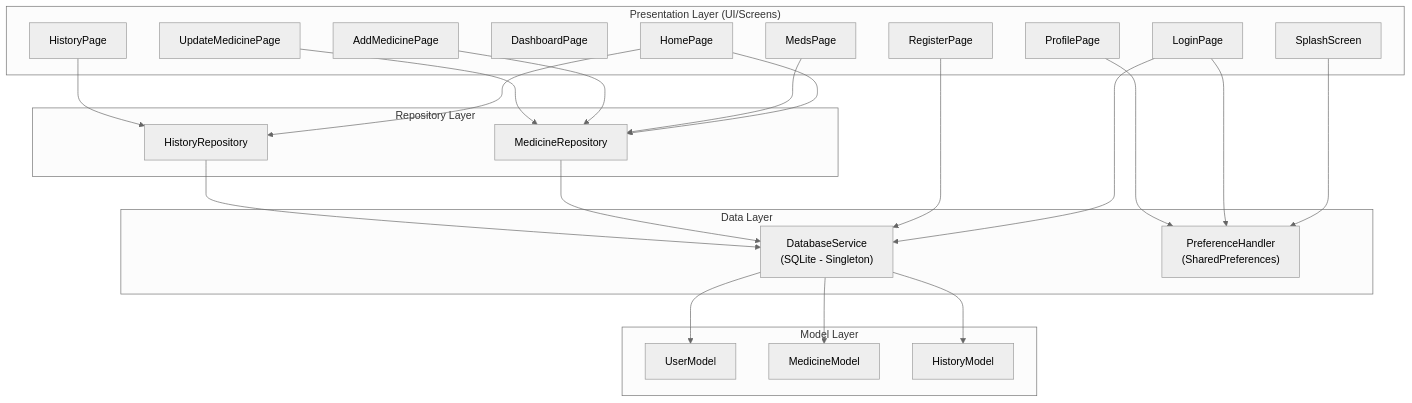
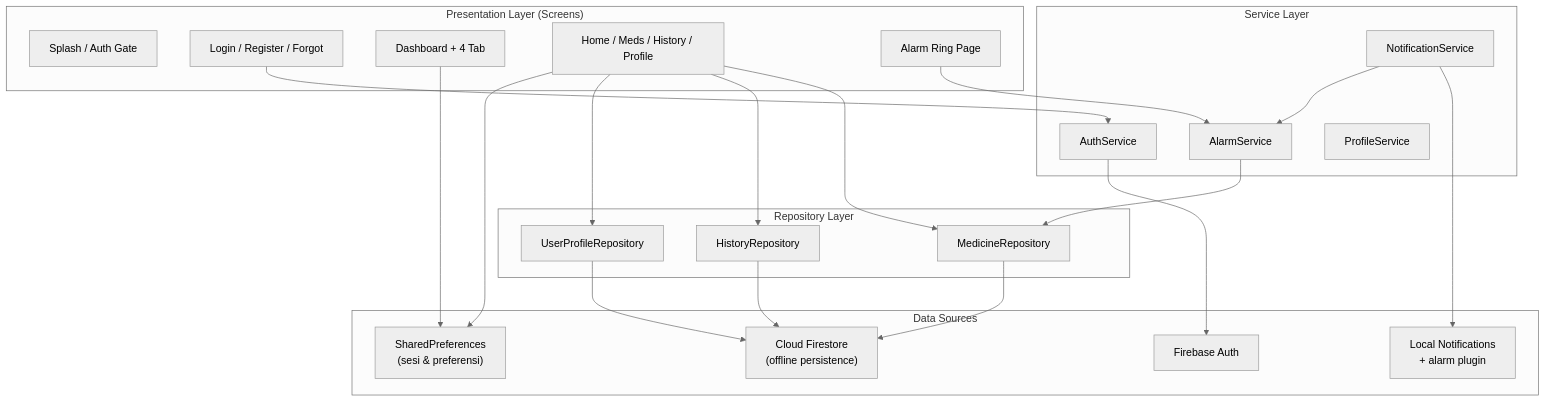
The third of 6 diagrams in prd.md (Aryo820/jagadosis), drawn with Mermaid (neutral theme) before and after one commit. The commit also changed other lines of this file, not shown here.

````diff
--- a/prd.md
+++ b/prd.md
@@ -323,38 +288,39 @@
 ```mermaid
 graph TB
-    subgraph "Presentation Layer (UI/Screens)"
-        A1["SplashScreen"]
-        A2["LoginPage"]
-        A3["RegisterPage"]
-        A4["DashboardPage"]
-        A5["HomePage"]
-        A6["MedsPage"]
-        A7["AddMedicinePage"]
-        A8["UpdateMedicinePage"]
-        A9["HistoryPage"]
-        A10["ProfilePage"]
+    subgraph "Presentation Layer (Screens)"
+        A1["Splash / Auth Gate"]
+        A2["Login / Register / Forgot"]
+        A3["Dashboard + 4 Tab"]
+        A4["Home / Meds / History / Profile"]
+        A5["Alarm Ring Page"]
     end
-    
+
+    subgraph "Service Layer"
+        S1["AuthService"]
+        S2["NotificationService"]
+        S3["AlarmService"]
+        S4["ProfileService"]
+    end
+
     subgraph "Repository Layer"
         B1["MedicineRepository"]
         B2["HistoryRepository"]
+        B3["UserProfileRepository"]
     end
-    
-    subgraph "Data Layer"
-        C1["DatabaseService<br/>(SQLite - Singleton)"]
-        C2["PreferenceHandler<br/>(SharedPreferences)"]
+
+    subgraph "Data Sources"
+        C1["Firebase Auth"]
+        C2["Cloud Firestore<br/>(offline persistence)"]
+        C3["SharedPreferences<br/>(sesi & preferensi)"]
+        C4["Local Notifications<br/>+ alarm plugin"]
     end
-    
-    subgraph "Model Layer"
-        D1["UserModel"]
-        D2["MedicineModel"]
-        D3["HistoryModel"]
-    end
-    
-    A5 & A6 & A7 & A8 --> B1
-    A5 & A9 --> B2
-    A2 & A3 --> C1
-    A1 & A2 & A10 --> C2
-    B1 & B2 --> C1
-    C1 --> D1 & D2 & D3
+
+    A2 --> S1 --> C1
+    A4 --> B1 & B2 & B3
+    B1 & B2 & B3 --> C2
+    A3 & A4 --> C3
+    S2 --> C4
+    S2 --> S3
+    S3 --> B1
+    A5 --> S3
 ```
````
